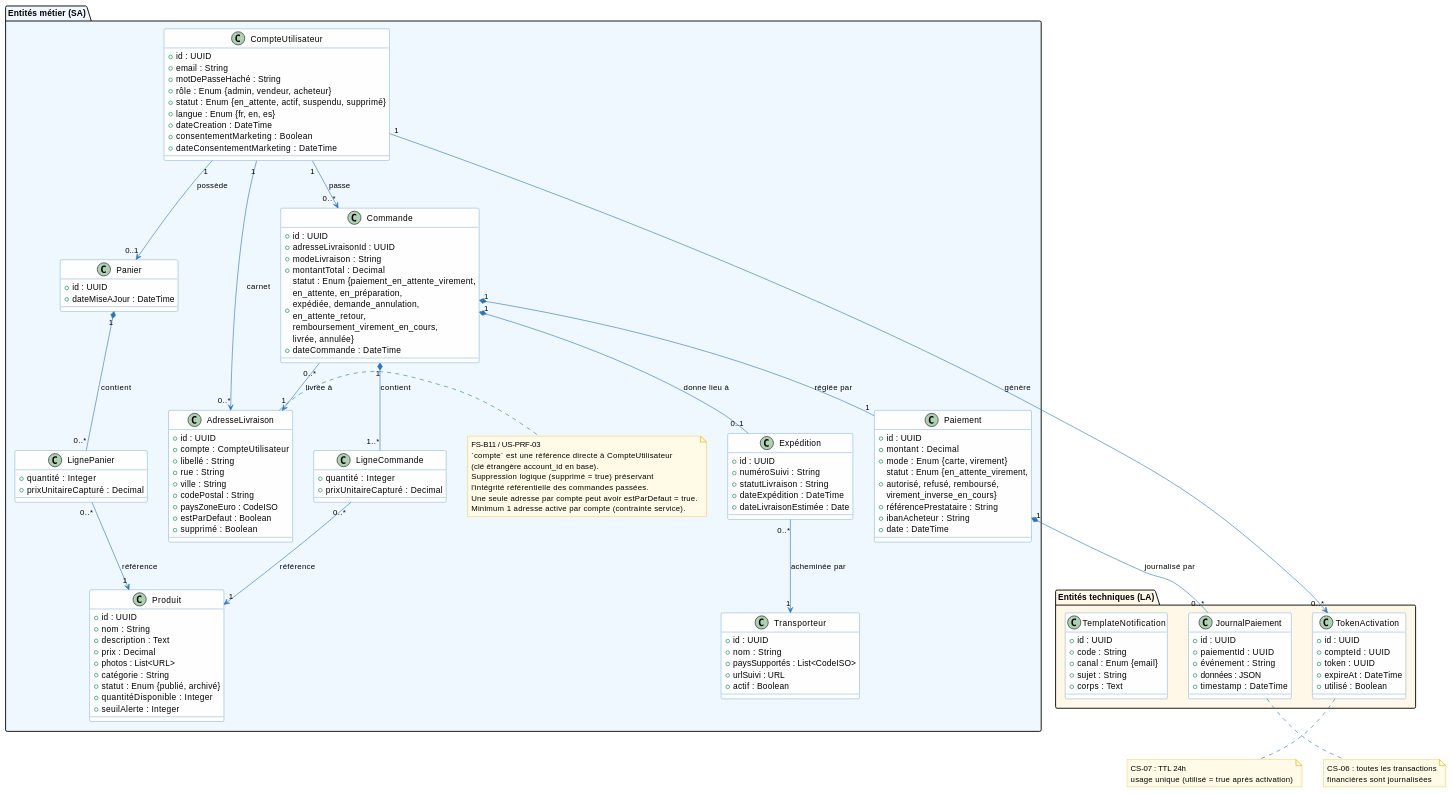
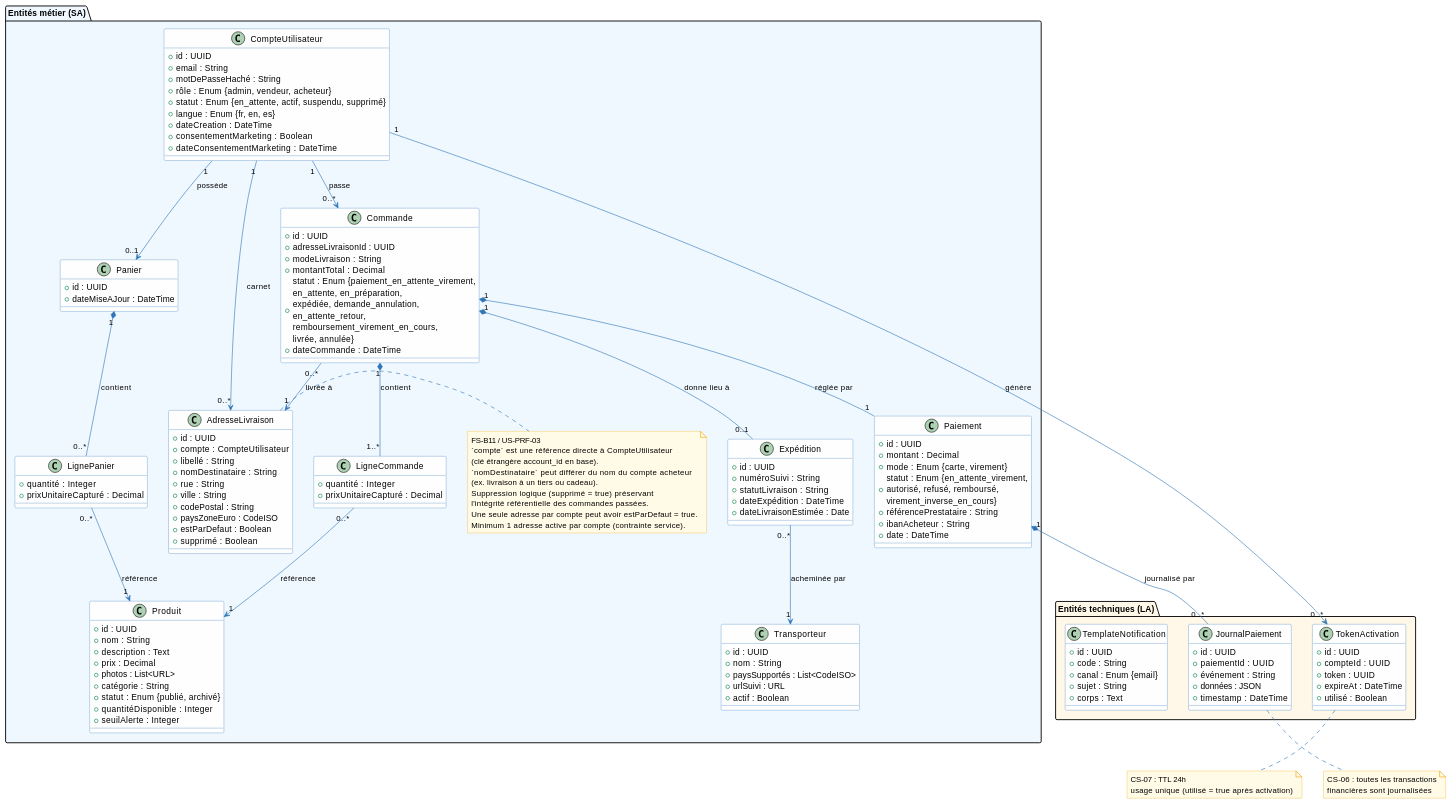
The seventh of 7 diagrams in architecture/03-logical-architecture/la.adoc (louistalvande/online_shop), drawn with PlantUML before and after one commit. The commit also changed 49 other files, not shown here.

```diff
--- a/architecture/03-logical-architecture/la.adoc
+++ b/architecture/03-logical-architecture/la.adoc
@@ -668,6 +668,7 @@
     + id : UUID
     + compte : CompteUtilisateur
     + libellé : String
+    + nomDestinataire : String
     + rue : String
     + ville : String
     + codePostal : String
@@ -679,6 +680,8 @@
     FS-B11 / US-PRF-03
     `compte` est une référence directe à CompteUtilisateur
     (clé étrangère account_id en base).
+    `nomDestinataire` peut différer du nom du compte acheteur
+    (ex. livraison à un tiers ou cadeau).
     Suppression logique (supprimé = true) préservant
     l'intégrité référentielle des commandes passées.
     Une seule adresse par compte peut avoir estParDefaut = true.
```
